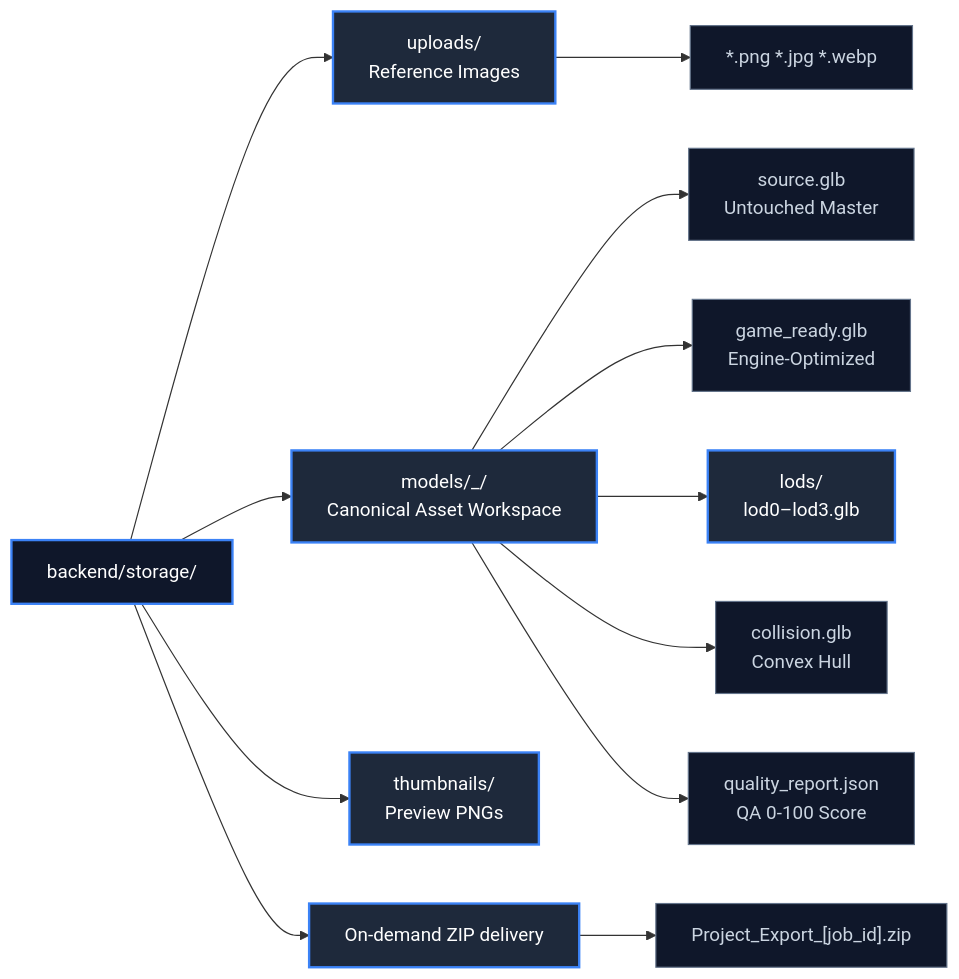
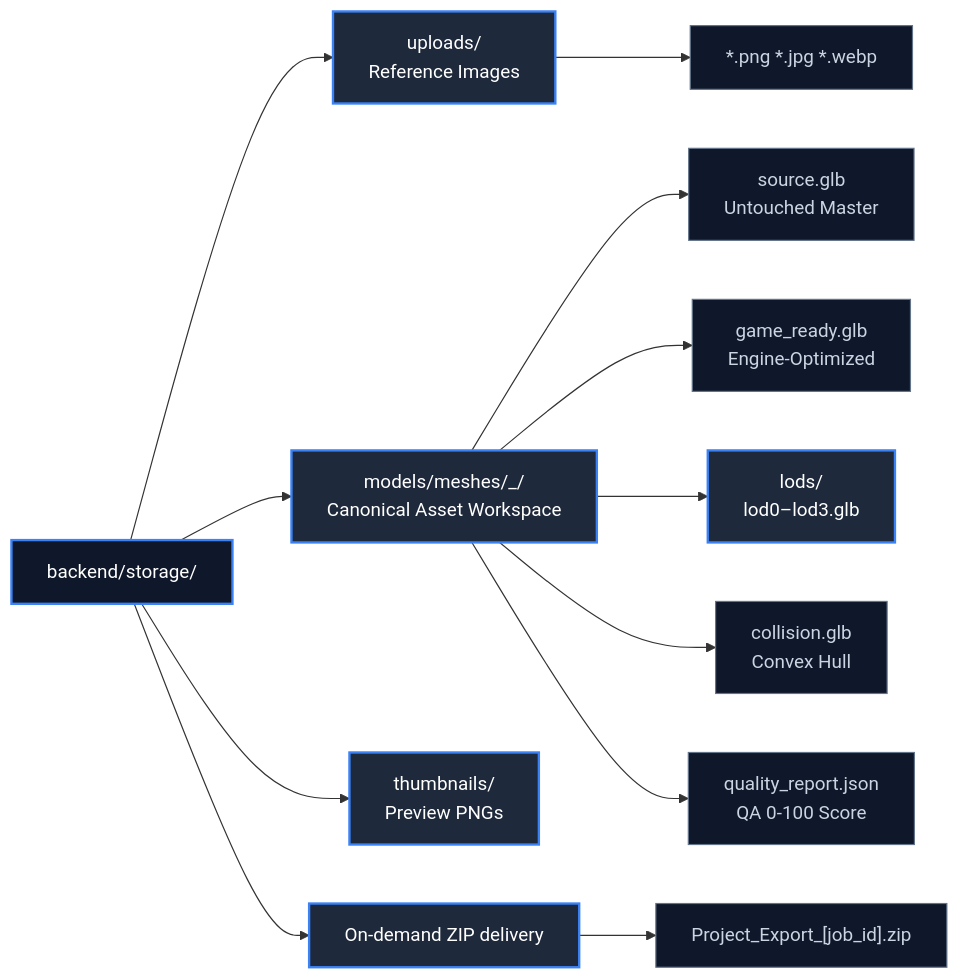
Before and after one commit to Silentzx2/ForMash3D: the third of 4 diagrams in Docs/ARCHITECTURE.md, drawn with Mermaid. The commit also changed other lines of this file and 43 other files, not shown here.

````diff
--- a/Docs/ARCHITECTURE.md
+++ b/Docs/ARCHITECTURE.md
@@ -193,21 +193,21 @@
 ```mermaid
 flowchart LR
     classDef dir fill:#1e293b,stroke:#3b82f6,stroke-width:2px,color:#fff
     classDef file fill:#0f172a,stroke:#64748b,stroke-width:1px,color:#cbd5e1
 
     ROOT["backend/storage/"]:::dir --> UPLOADS["uploads/<br/>Reference Images"]:::dir
-    ROOT --> MODELS["models/<asset_name>_<job_hash>/<br/>Canonical Asset Workspace"]:::dir
+    ROOT --> MODELS["models/meshes/<asset_name>_<job_id>/<br/>Canonical Asset Workspace"]:::dir
     ROOT --> THUMBS["thumbnails/<br/>Preview PNGs"]:::dir
     ROOT --> DELIVERY["On-demand ZIP delivery"]:::dir
 
     MODELS --> SRC["source.glb<br/>Untouched Master"]:::file
     MODELS --> GAME["game_ready.glb<br/>Engine-Optimized"]:::file
     MODELS --> LODS["lods/<br/>lod0–lod3.glb"]:::dir
     MODELS --> COL["collision.glb<br/>Convex Hull"]:::file
     MODELS --> QA["quality_report.json<br/>QA 0-100 Score"]:::file
 
     UPLOADS --> IMG["*.png *.jpg *.webp"]:::file
     DELIVERY --> ZIP["Project_Export_[job_id].zip"]:::file
 
     style ROOT fill:#0f172a
 ```
````
